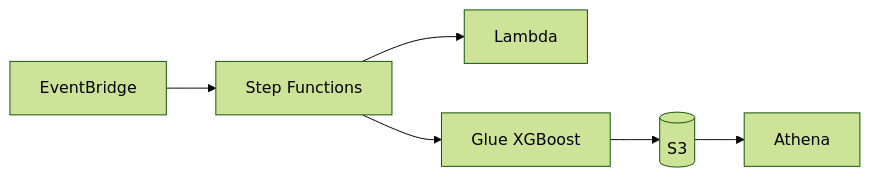
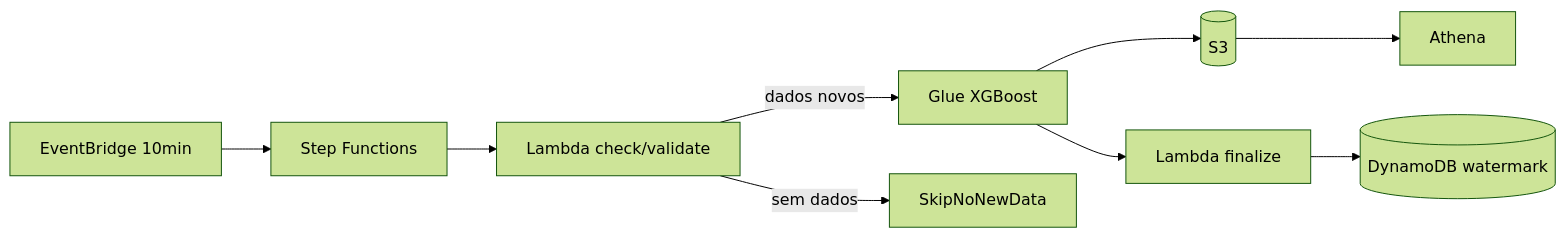
Before and after one commit to welligtoncos/ia-aws-regressao: the diagram in README.md, drawn with Mermaid (forest theme). The commit also changed other lines of this file and 27 other files, not shown here.

````diff
--- a/README.md
+++ b/README.md
@@ -90,13 +140,18 @@
 ```mermaid
 flowchart LR
-  EB[EventBridge]
+  EB[EventBridge 10min]
   SFN[Step Functions]
-  L[Lambda]
+  L1[Lambda check/validate]
   G[Glue XGBoost]
+  L2[Lambda finalize]
   S3[(S3)]
   ATH[Athena]
+  DDB[(DynamoDB watermark)]
 
-  EB --> SFN --> L
-  SFN --> G --> S3
+  EB --> SFN --> L1
+  L1 -->|dados novos| G
+  L1 -->|sem dados| Skip[SkipNoNewData]
+  G --> S3
+  G --> L2 --> DDB
   S3 --> ATH
 ```
````
